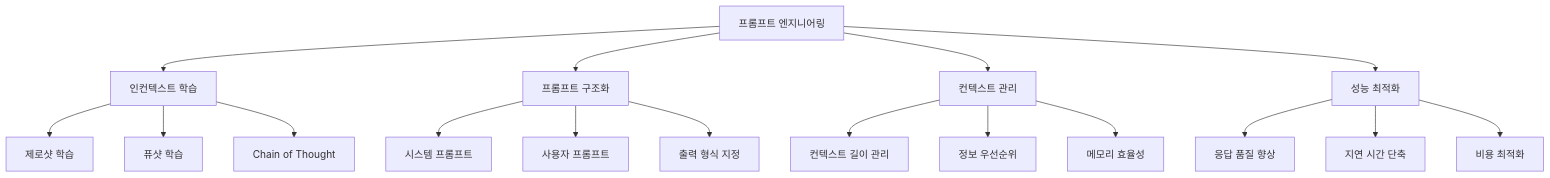
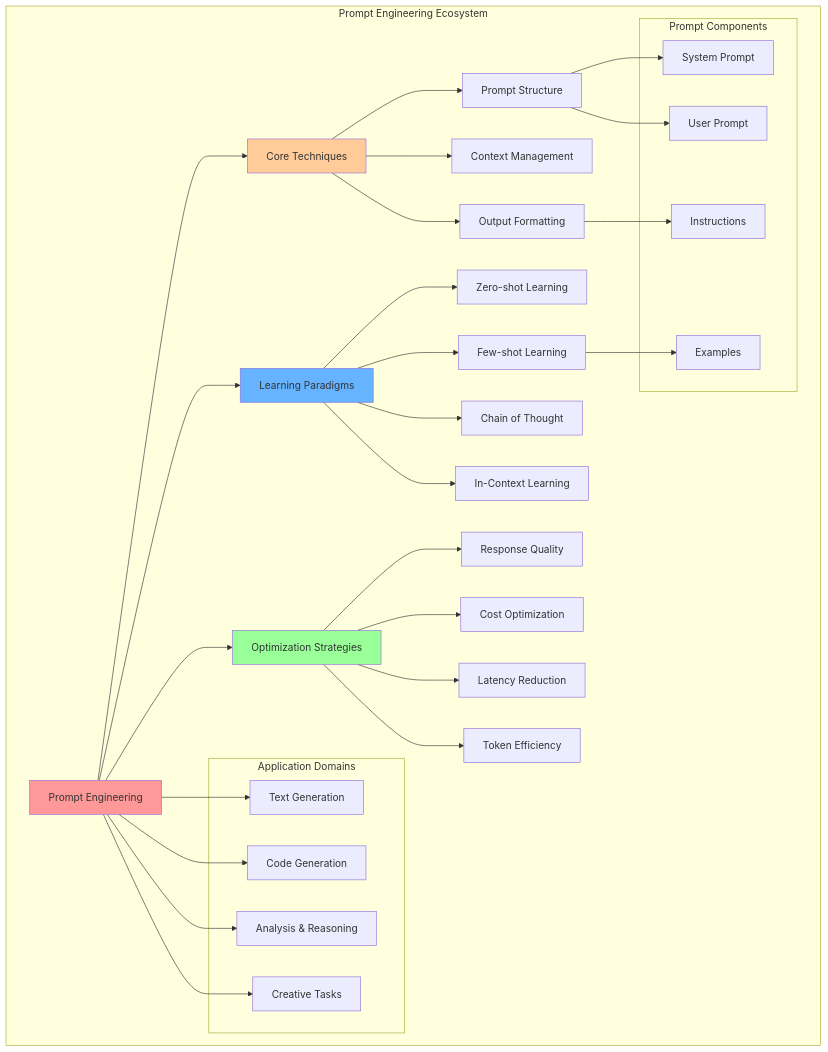
One commit to leeyonghe/ai-blog changed the diagram in _posts/2024-12-15-prompt-engineering-fundamentals.md. Above: the diagram before and after it, drawn with Mermaid. The commit also changed 12 other files, not shown here.

````diff
--- a/_posts/2024-12-15-prompt-engineering-fundamentals.md
+++ b/_posts/2024-12-15-prompt-engineering-fundamentals.md
@@ -17,23 +17,51 @@
-```mermaid
-graph TD
-    A[프롬프트 엔지니어링] --> B[인컨텍스트 학습]
-    A --> C[프롬프트 구조화]
-    A --> D[컨텍스트 관리]
-    A --> E[성능 최적화]
+<div class="mermaid">
+graph TB
+    subgraph "Prompt Engineering Ecosystem"
+        A[Prompt Engineering] --> B[Core Techniques]
+        A --> C[Learning Paradigms]
+        A --> D[Optimization Strategies]
+        
+        B --> B1[Prompt Structure]
+        B --> B2[Context Management]
+        B --> B3[Output Formatting]
+        
+        C --> C1[Zero-shot Learning]
+        C --> C2[Few-shot Learning]
+        C --> C3[Chain of Thought]
+        C --> C4[In-Context Learning]
+        
+        D --> D1[Response Quality]
+        D --> D2[Cost Optimization]
+        D --> D3[Latency Reduction]
+        D --> D4[Token Efficiency]
+        
+        subgraph "Prompt Components"
+            E[System Prompt]
+            F[User Prompt]
+            G[Examples]
+            H[Instructions]
+        end
+        
+        B1 --> E
+        B1 --> F
+        C2 --> G
+        B3 --> H
+        
+        subgraph "Application Domains"
+            I[Text Generation]
+            J[Code Generation]
+            K[Analysis & Reasoning]
+            L[Creative Tasks]
+        end
+        
+        A --> I
+        A --> J
+        A --> K
+        A --> L
+    end
     
-    B --> B1[제로샷 학습]
-    B --> B2[퓨샷 학습]
-    B --> B3[Chain of Thought]
-    
-    C --> C1[시스템 프롬프트]
-    C --> C2[사용자 프롬프트]
-    C --> C3[출력 형식 지정]
-    
-    D --> D1[컨텍스트 길이 관리]
-    D --> D2[정보 우선순위]
-    D --> D3[메모리 효율성]
-    
-    E --> E1[응답 품질 향상]
-    E --> E2[지연 시간 단축]
-    E --> E3[비용 최적화]
-```
+    style A fill:#ff9999
+    style C fill:#66b3ff
+    style D fill:#99ff99
+    style B fill:#ffcc99
+</div>
````
